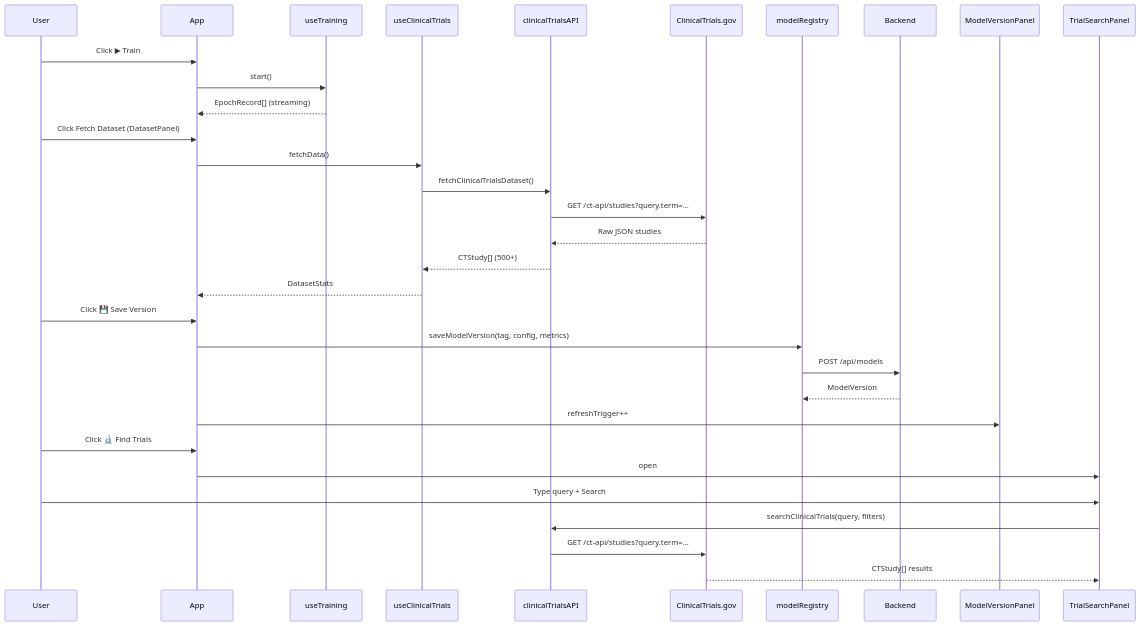
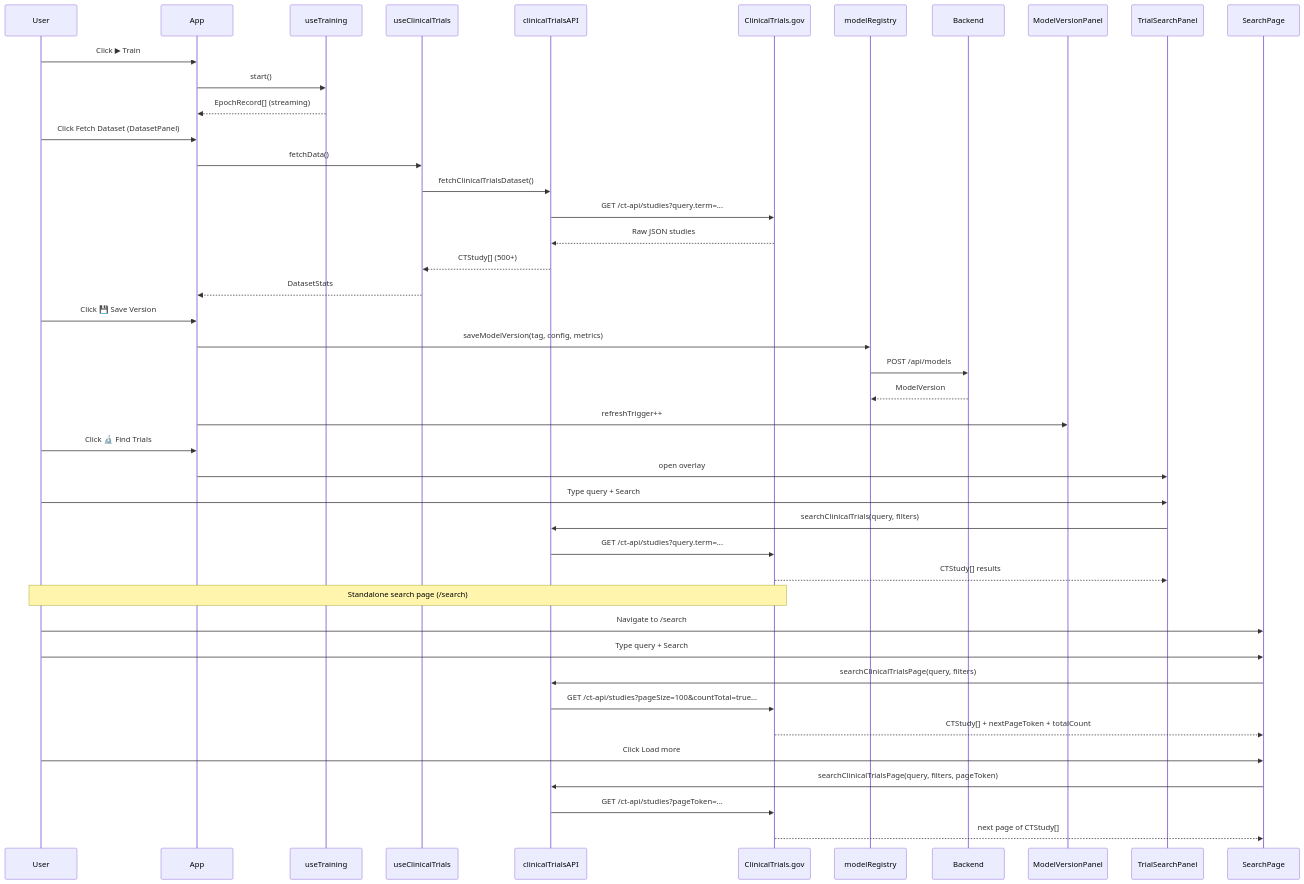
The third of 3 diagrams in README.md (kamranash/ClinicalTrialsSearchEngine), drawn with Mermaid before and after one commit. The commit also changed other lines of this file, not shown here.

Commit message:
docs: update README for standalone search page, routing, paginated API, and nginx rewrite fix

````diff
--- a/README.md
+++ b/README.md
@@ -113,34 +125,45 @@
 ```mermaid
 sequenceDiagram
     participant User
     participant App
     participant useTraining
     participant useClinicalTrials
     participant clinicalTrialsAPI
     participant CTgov as ClinicalTrials.gov
 
     User->>App: Click ▶ Train
     App->>useTraining: start()
     useTraining-->>App: EpochRecord[] (streaming)
 
     User->>App: Click Fetch Dataset (DatasetPanel)
     App->>useClinicalTrials: fetchData()
     useClinicalTrials->>clinicalTrialsAPI: fetchClinicalTrialsDataset()
     clinicalTrialsAPI->>CTgov: GET /ct-api/studies?query.term=...
     CTgov-->>clinicalTrialsAPI: Raw JSON studies
     clinicalTrialsAPI-->>useClinicalTrials: CTStudy[] (500+)
     useClinicalTrials-->>App: DatasetStats
 
     User->>App: Click 💾 Save Version
     App->>modelRegistry: saveModelVersion(tag, config, metrics)
     modelRegistry->>Backend: POST /api/models
     Backend-->>modelRegistry: ModelVersion
     App->>ModelVersionPanel: refreshTrigger++
 
     User->>App: Click 🔬 Find Trials
-    App->>TrialSearchPanel: open
+    App->>TrialSearchPanel: open overlay
     User->>TrialSearchPanel: Type query + Search
     TrialSearchPanel->>clinicalTrialsAPI: searchClinicalTrials(query, filters)
     clinicalTrialsAPI->>CTgov: GET /ct-api/studies?query.term=...
     CTgov-->>TrialSearchPanel: CTStudy[] results
+
+    Note over User,CTgov: Standalone search page (/search)
+    User->>SearchPage: Navigate to /search
+    User->>SearchPage: Type query + Search
+    SearchPage->>clinicalTrialsAPI: searchClinicalTrialsPage(query, filters)
+    clinicalTrialsAPI->>CTgov: GET /ct-api/studies?pageSize=100&countTotal=true...
+    CTgov-->>SearchPage: CTStudy[] + nextPageToken + totalCount
+    User->>SearchPage: Click Load more
+    SearchPage->>clinicalTrialsAPI: searchClinicalTrialsPage(query, filters, pageToken)
+    clinicalTrialsAPI->>CTgov: GET /ct-api/studies?pageToken=...
+    CTgov-->>SearchPage: next page of CTStudy[]
 ```
````
